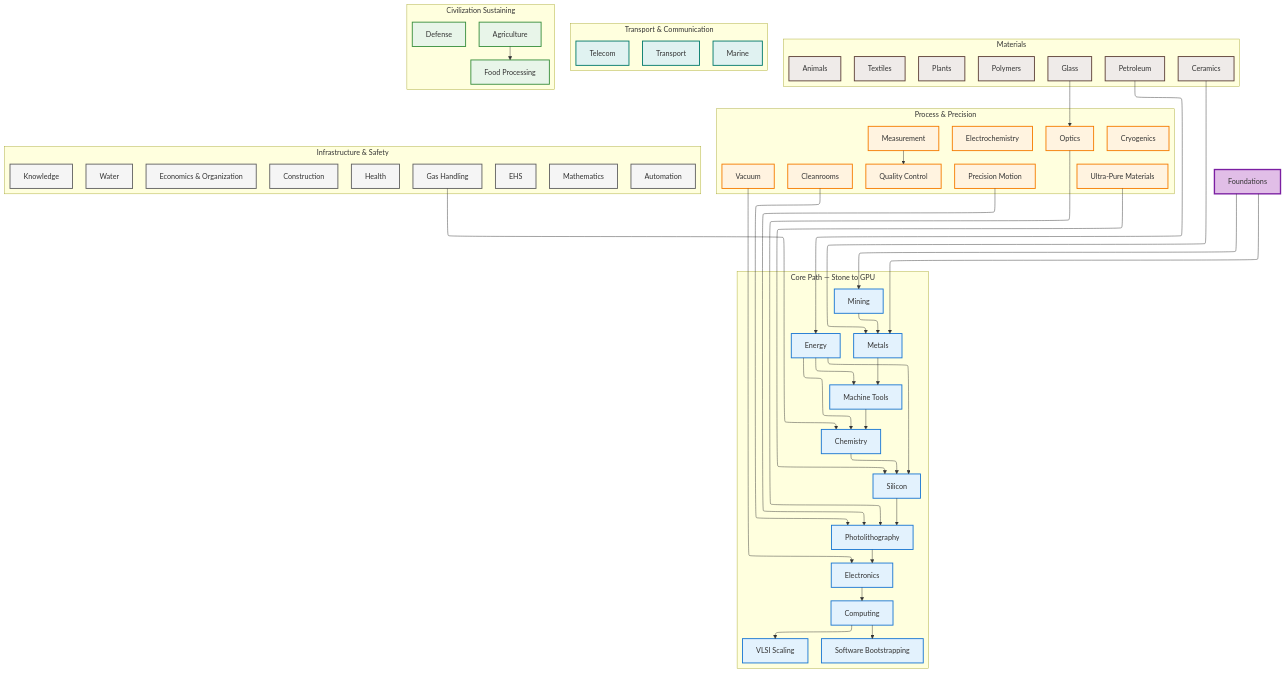
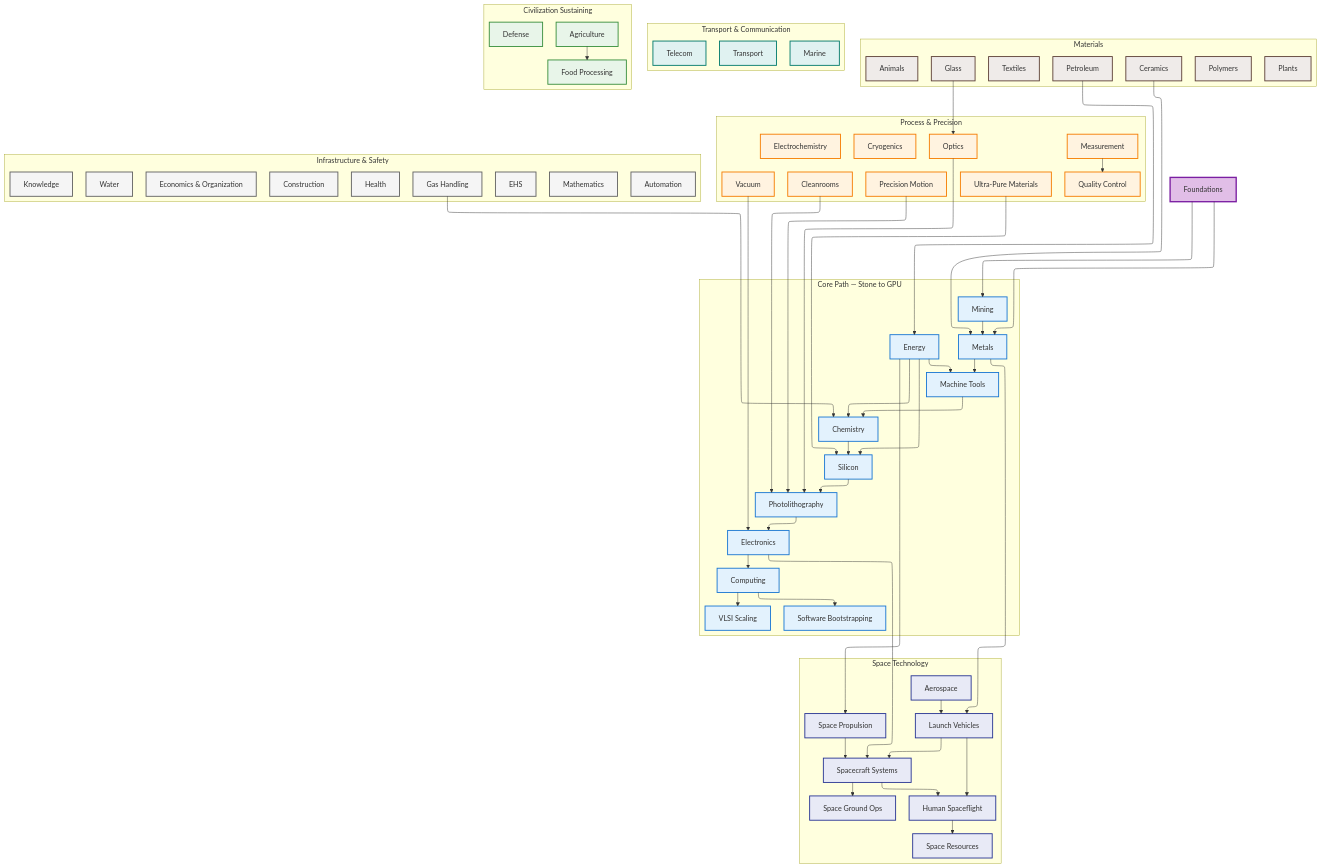
The diagram in README.md (egofree/TechTree), drawn with Mermaid before and after one commit. The commit also changed other lines of this file and 1323 other files, not shown here.

````diff
--- a/README.md
+++ b/README.md
@@ -83,6 +83,16 @@
         defense["Defense"]
     end
 
+    subgraph space_tech ["Space Technology"]
+        aerospace["Aerospace"]
+        launch-vehicles["Launch Vehicles"]
+        space-propulsion["Space Propulsion"]
+        spacecraft-systems["Spacecraft Systems"]
+        human-spaceflight["Human Spaceflight"]
+        space-ground-ops["Space Ground Ops"]
+        space-resources["Space Resources"]
+    end
+
     foundations --> metals
     foundations --> mining
     metals --> machine-tools
@@ -108,6 +118,16 @@
     measurement --> quality-control
     gas-handling --> chemistry
     agriculture --> food-processing
+    metals --> launch-vehicles
+    electronics --> spacecraft-systems
+    energy --> space-propulsion
+    aerospace --> launch-vehicles
+    launch-vehicles --> spacecraft-systems
+    launch-vehicles --> human-spaceflight
+    space-propulsion --> spacecraft-systems
+    spacecraft-systems --> human-spaceflight
+    spacecraft-systems --> space-ground-ops
+    human-spaceflight --> space-resources
 
     classDef foundationsStyle fill:#e1bee7,stroke:#7b1fa2,stroke-width:3px
     classDef corePathStyle fill:#e3f2fd,stroke:#1976d2,stroke-width:2px
@@ -116,6 +136,7 @@
     classDef infraStyle fill:#f5f5f5,stroke:#616161,stroke-width:2px
     classDef transportStyle fill:#e0f2f1,stroke:#00796b,stroke-width:2px
     classDef civilizationStyle fill:#e8f5e9,stroke:#388e3c,stroke-width:2px
+    classDef spaceStyle fill:#e8eaf6,stroke:#283593,stroke-width:2px
 
     class foundations foundationsStyle
     class metals,mining,energy,machine-tools,chemistry,silicon,photolithography,electronics,computing,vlsi-scaling,software-bootstrapping corePathStyle
@@ -124,4 +145,5 @@
     class construction,gas-handling,water,health,ehs,automation,mathematics,knowledge,economics-organization infraStyle
     class transport,marine,telecom transportStyle
     class agriculture,food-processing,defense civilizationStyle
+    class aerospace,launch-vehicles,space-propulsion,spacecraft-systems,human-spaceflight,space-ground-ops,space-resources spaceStyle
 ```
````
